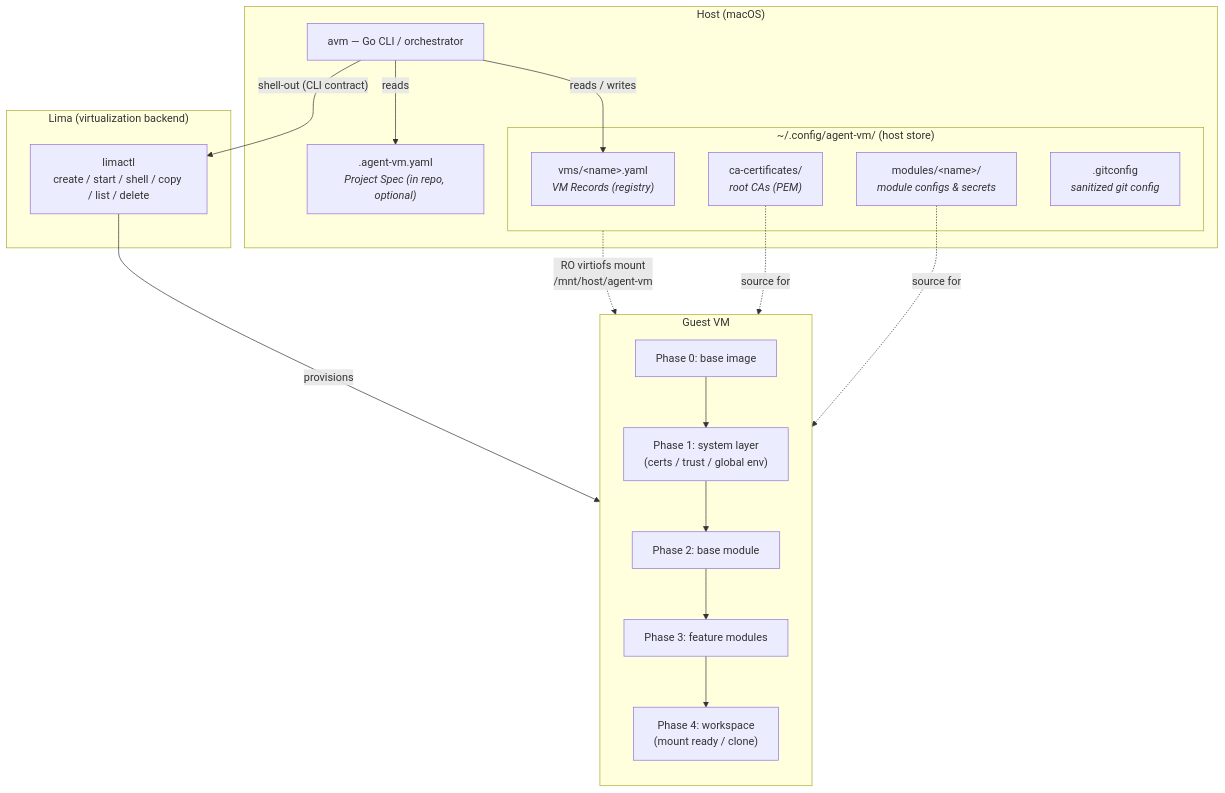
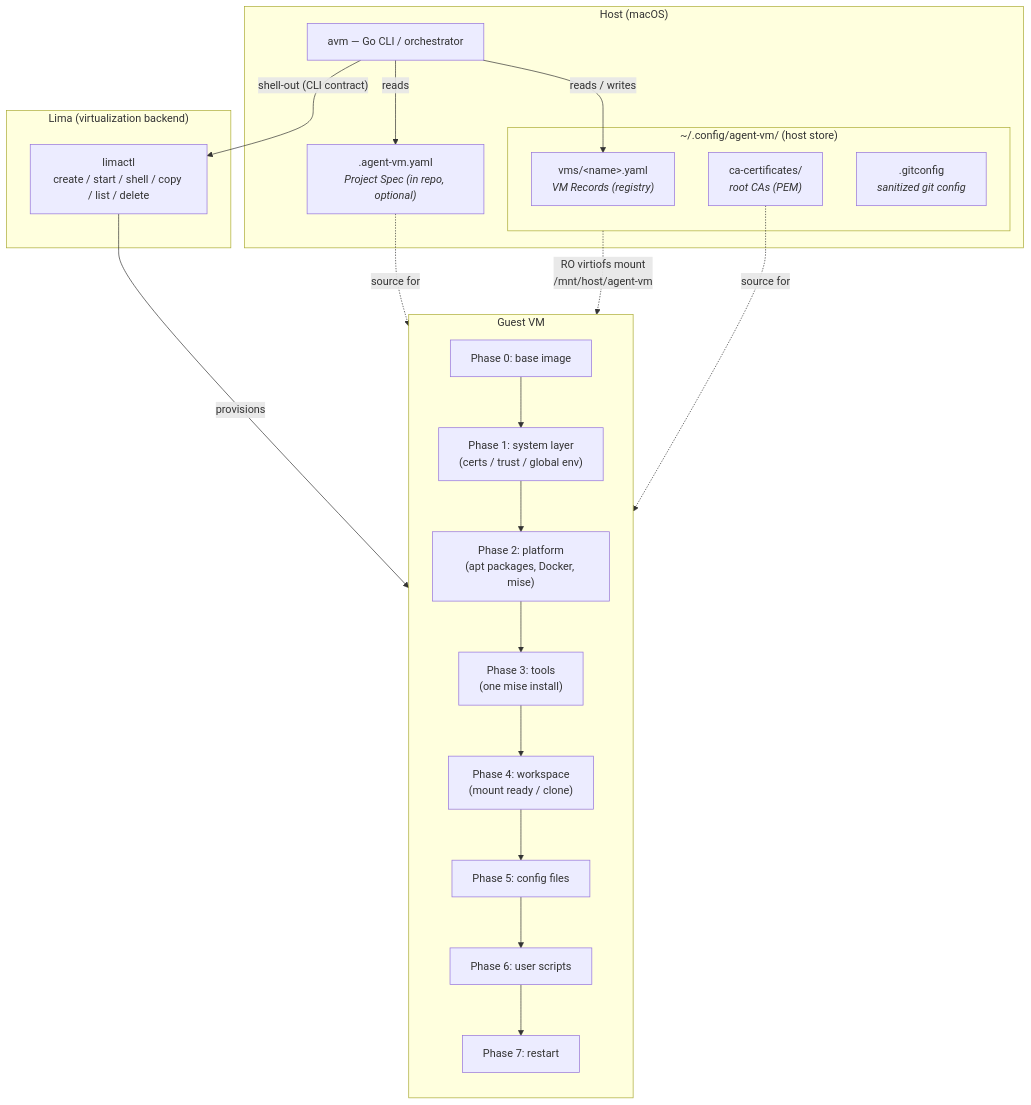
Before and after one commit to MikD1/agent-vm: the first of 6 diagrams in docs/architecture.md, drawn with Mermaid. The commit also changed other lines of this file and 3 other files, not shown here.

First line of the commit message:
docs: describe mise-based modules, files, and scripts

````diff
--- a/docs/architecture.md
+++ b/docs/architecture.md
@@ -17,35 +17,37 @@
 ```mermaid
 graph TB
     subgraph Host["Host (macOS)"]
         cli["avm — Go CLI / orchestrator"]
         subgraph Store["~/.config/agent-vm/ (host store)"]
             registry["vms/&lt;name&gt;.yaml<br/><i>VM Records (registry)</i>"]
             ca["ca-certificates/<br/><i>root CAs (PEM)</i>"]
-            modcfg["modules/&lt;name&gt;/<br/><i>module configs &amp; secrets</i>"]
             gitcfg[".gitconfig<br/><i>sanitized git config</i>"]
         end
         spec[".agent-vm.yaml<br/><i>Project Spec (in repo, optional)</i>"]
     end
 
     subgraph Lima["Lima (virtualization backend)"]
         limactl["limactl<br/>create / start / shell / copy / list / delete"]
     end
 
     subgraph Guest["Guest VM"]
         direction TB
         p0["Phase 0: base image"]
         p1["Phase 1: system layer<br/>(certs / trust / global env)"]
-        p2["Phase 2: base module"]
-        p3["Phase 3: feature modules"]
+        p2["Phase 2: platform<br/>(apt packages, Docker, mise)"]
+        p3["Phase 3: tools<br/>(one mise install)"]
         p4["Phase 4: workspace<br/>(mount ready / clone)"]
-        p0 --> p1 --> p2 --> p3 --> p4
+        p5["Phase 5: config files"]
+        p6["Phase 6: user scripts"]
+        p7["Phase 7: restart"]
+        p0 --> p1 --> p2 --> p3 --> p4 --> p5 --> p6 --> p7
     end
 
     cli -- "reads / writes" --> registry
     cli -- "reads" --> spec
     cli -- "shell-out (CLI contract)" --> limactl
     limactl -- "provisions" --> Guest
     Store -. "RO virtiofs mount<br/>/mnt/host/agent-vm" .-> Guest
     ca -. "source for" .-> p1
-    modcfg -. "source for" .-> p3
+    spec -. "source for" .-> p5
 ```
````
